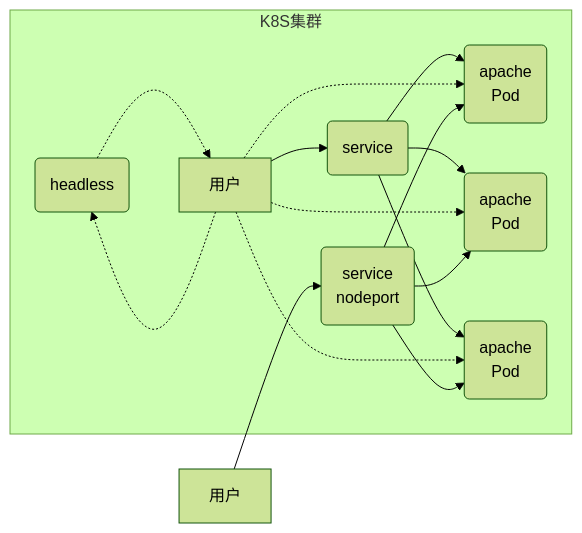
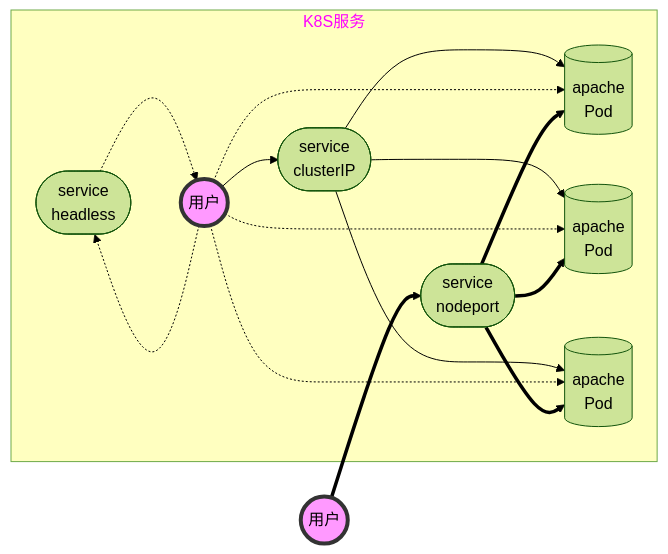
Before and after one commit to byy1679/cloud: the diagram in CLOUD/08/K8S-03.md, drawn with Mermaid (forest theme). The commit also changed 6 other files, not shown here.

````diff
--- a/CLOUD/08/K8S-03.md
+++ b/CLOUD/08/K8S-03.md
@@ -175,21 +175,16 @@
 ```mermaid
-graph LR
-subgraph K8S集群
-  S1(service)
-  S2(headless)
-  S3(service<br>nodeport)
-  S1 --> P1(apache<br>Pod)
-  S1 --> P2(apache<br>Pod)
-  S1 --> P3(apache<br>Pod)
-  U1[用户] --> S1
-  U1 -.-> S2
-  S2 -.-> U1
-  U1 -.-> P1
-  U1 -.-> P2
-  U1 -.-> P3
-  S3 --> P1
-  S3 --> P2
-  S3 --> P3
+flowchart LR
+subgraph K8S服务
+  S1([service<br>clusterIP]);S2([service<br>headless]);S3([service<br>nodeport])
+  S1 ---> P1[(apache<br>Pod)] & P2[(apache<br>Pod)] & P3[(apache<br>Pod)]
+  U1((用户)) --> S1
+  U1 -.-> S2 -.-> U1
+  U1 -.-> P1 & P2 & P3
+  S3 ==> P1 & P2 & P3
 end
-U2[用户] --> S3
+U2((用户)) ==> S3
+classDef className fill:#f9f,stroke:#333,stroke-width:4px;
+classDef Kubernetes fill:#ffffc0,color:#ff00ff
+class U1,U2 className
+class K8S服务 Kubernetes
 ```
````
